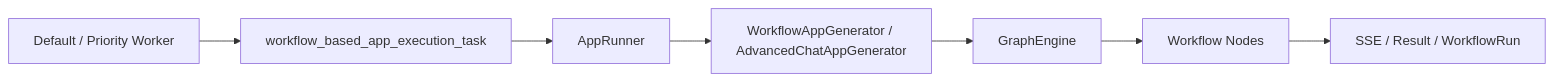
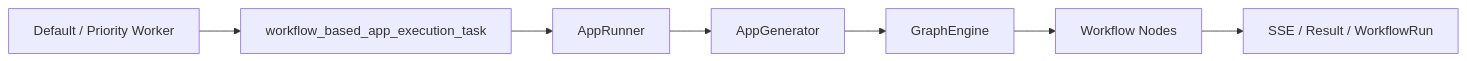
One commit to sgfd-ui/internship changed the fifth of 6 diagrams in weekly-report/dify-execution-engine-isolation-plan.md. Above: the diagram before and after it, drawn with Mermaid. The commit also changed other lines of this file, not shown here.

Commit message:
docs: merge architecture chapters and refresh diagrams

````diff
--- a/weekly-report/dify-execution-engine-isolation-plan.md
+++ b/weekly-report/dify-execution-engine-isolation-plan.md
@@ -248,10 +200,10 @@
 ```mermaid
 flowchart LR
     W[Default / Priority Worker]
     W --> T[workflow_based_app_execution_task]
     T --> R[AppRunner]
-    R --> G[WorkflowAppGenerator / AdvancedChatAppGenerator]
+    R --> G[AppGenerator]
     G --> GE[GraphEngine]
     GE --> N[Workflow Nodes]
     N --> O[SSE / Result / WorkflowRun]
 ```
````
